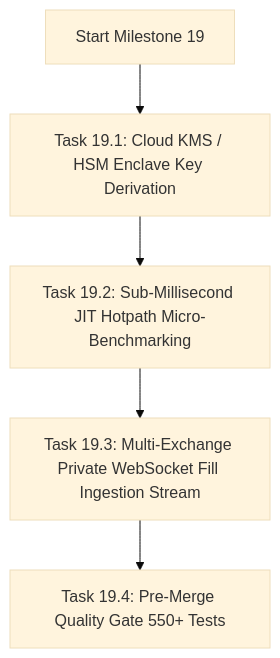
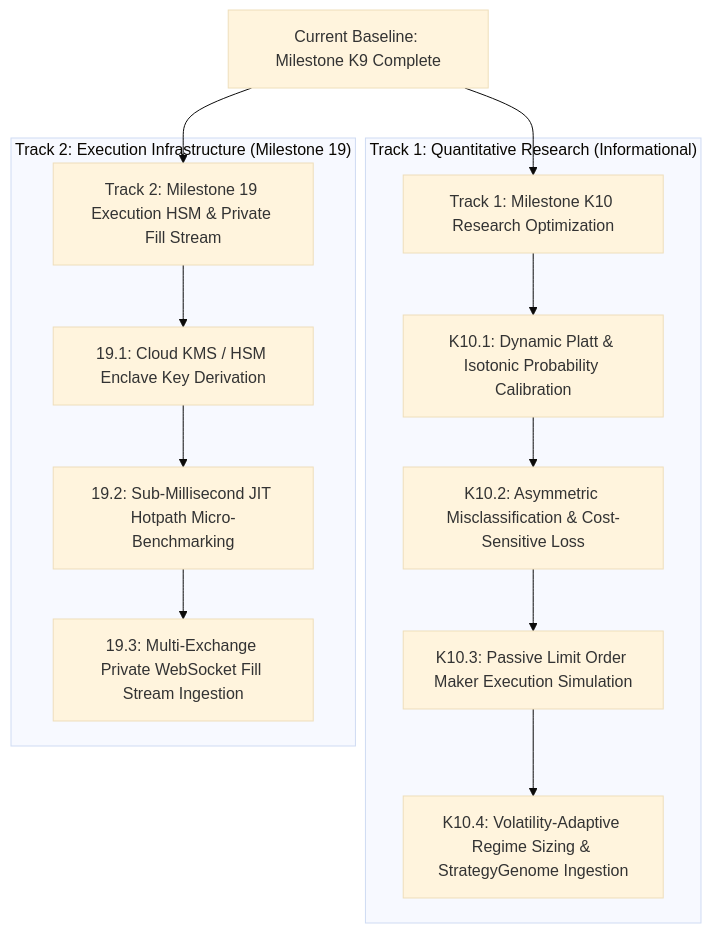
Before and after one commit to cloudshome/CBT: the diagram in Users/azims/CBT/docs/NEXT_SESSION_PLAN.md, drawn with Mermaid (base theme). The commit also changed other lines of this file and 28 other files, not shown here.

Commit message:
feat(kronos): complete Milestone K9 predictive validity and reproducible research certification (35 passing gates, 7 preflight gates green)

````diff
--- a/Users/azims/CBT/docs/NEXT_SESSION_PLAN.md
+++ b/Users/azims/CBT/docs/NEXT_SESSION_PLAN.md
@@ -26,7 +53,18 @@
 ```mermaid
 graph TD
-    A[Start Milestone 19] --> B[Task 19.1: Cloud KMS / HSM Enclave Key Derivation]
-    B --> C[Task 19.2: Sub-Millisecond JIT Hotpath Micro-Benchmarking]
-    C --> D[Task 19.3: Multi-Exchange Private WebSocket Fill Ingestion Stream]
-    D --> E[Task 19.4: Pre-Merge Quality Gate 550+ Tests]
+    A[Current Baseline: Milestone K9 Complete] --> B[Track 1: Milestone K10 Research Optimization]
+    A --> C[Track 2: Milestone 19 Execution HSM & Private Fill Stream]
+    
+    subgraph "Track 1: Quantitative Research (Informational)"
+        B --> B1[K10.1: Dynamic Platt & Isotonic Probability Calibration]
+        B1 --> B2[K10.2: Asymmetric Misclassification & Cost-Sensitive Loss]
+        B2 --> B3[K10.3: Passive Limit Order Maker Execution Simulation]
+        B3 --> B4[K10.4: Volatility-Adaptive Regime Sizing & StrategyGenome Ingestion]
+    end
+    
+    subgraph "Track 2: Execution Infrastructure (Milestone 19)"
+        C --> C1[19.1: Cloud KMS / HSM Enclave Key Derivation]
+        C1 --> C2[19.2: Sub-Millisecond JIT Hotpath Micro-Benchmarking]
+        C2 --> C3[19.3: Multi-Exchange Private WebSocket Fill Stream Ingestion]
+    end
 ```
````
